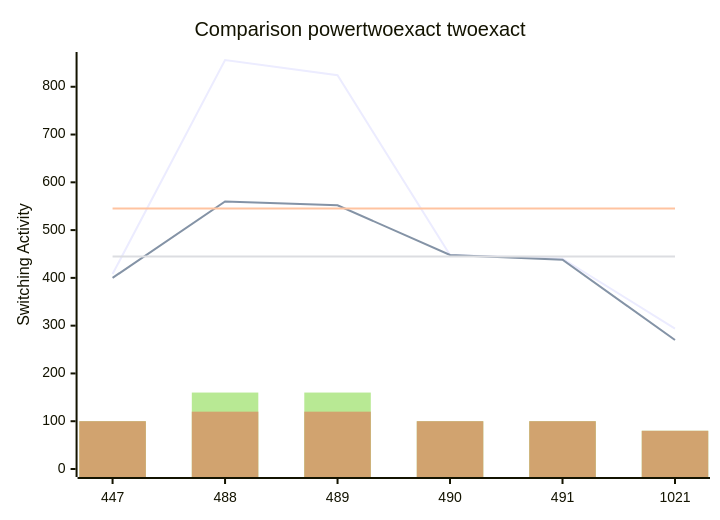
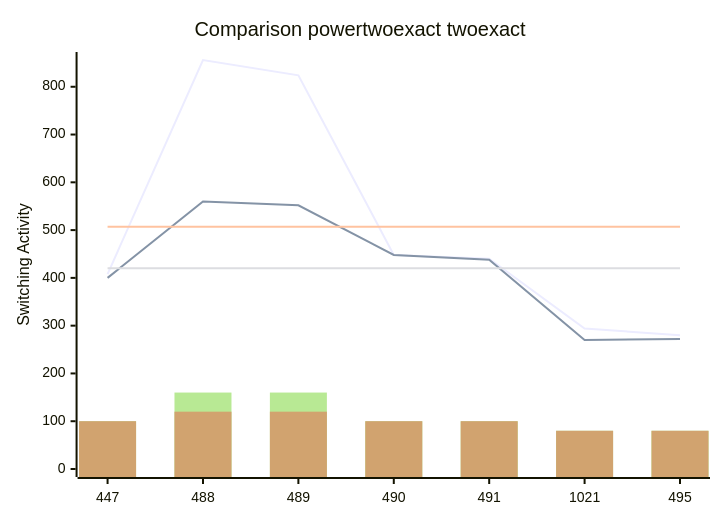
Before and after one commit to FeldmeierMichael/Exact-Power-Synthesis: the diagram in benchmark_opt2.md, drawn with Mermaid. The commit also changed other lines of this file, not shown here.

````diff
--- a/benchmark_opt2.md
+++ b/benchmark_opt2.md
@@ -13,12 +15,12 @@
 ```mermaid
 xychart-beta
     title "Comparison powertwoexact twoexact"
-    x-axis [447, 488, 489, 490, 491, 1021]
+    x-axis [447, 488, 489, 490, 491, 1021, 495]
     y-axis "Switching Activity" 0-->856
-    line [408, 856, 824, 448, 440, 294]
-    line [400, 560, 552, 448, 438, 270]
-    line [545.0, 545.0, 545.0, 545.0, 545.0, 545.0]
-    line [444.6666666666667, 444.6666666666667, 444.6666666666667, 444.6666666666667, 444.6666666666667, 444.6666666666667]
-    bar [100, 160, 160, 100, 100, 80]
-    bar [100, 120, 120, 100, 100, 80]
+    line [408, 856, 824, 448, 440, 294, 280]
+    line [400, 560, 552, 448, 438, 270, 272]
+    line [507.14285714285717, 507.14285714285717, 507.14285714285717, 507.14285714285717, 507.14285714285717, 507.14285714285717, 507.14285714285717]
+    line [420.0, 420.0, 420.0, 420.0, 420.0, 420.0, 420.0]
+    bar [100, 160, 160, 100, 100, 80, 80]
+    bar [100, 120, 120, 100, 100, 80, 80]
 ```
````
